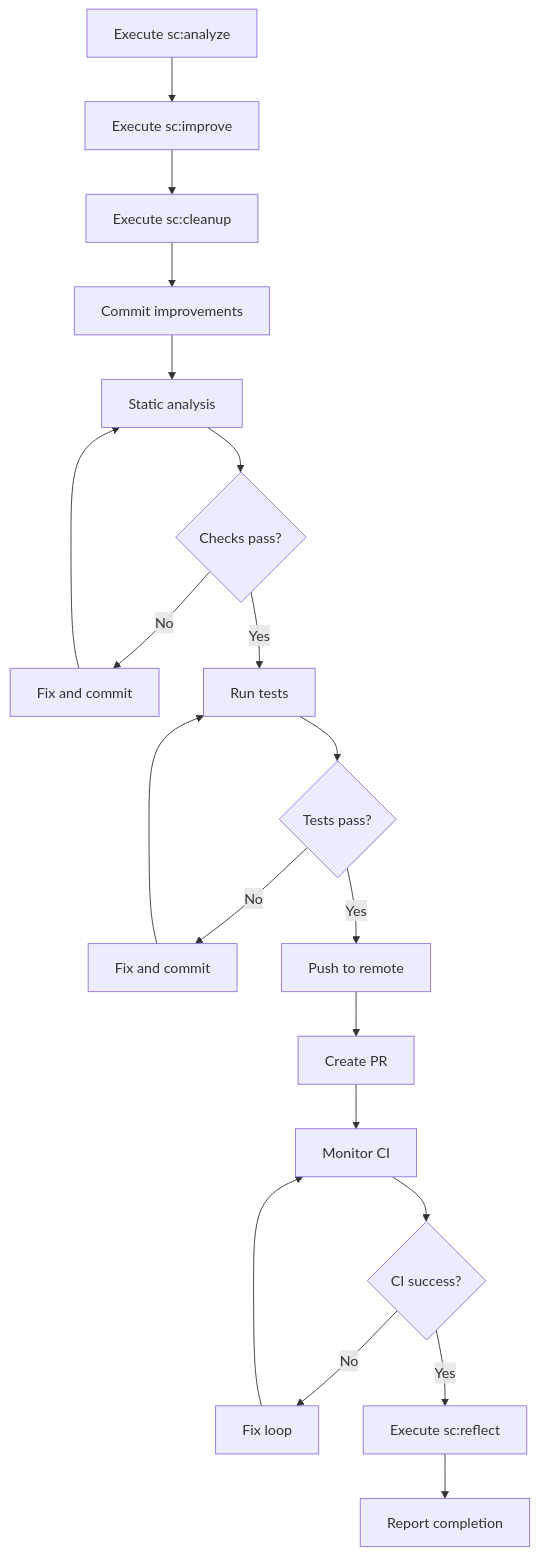
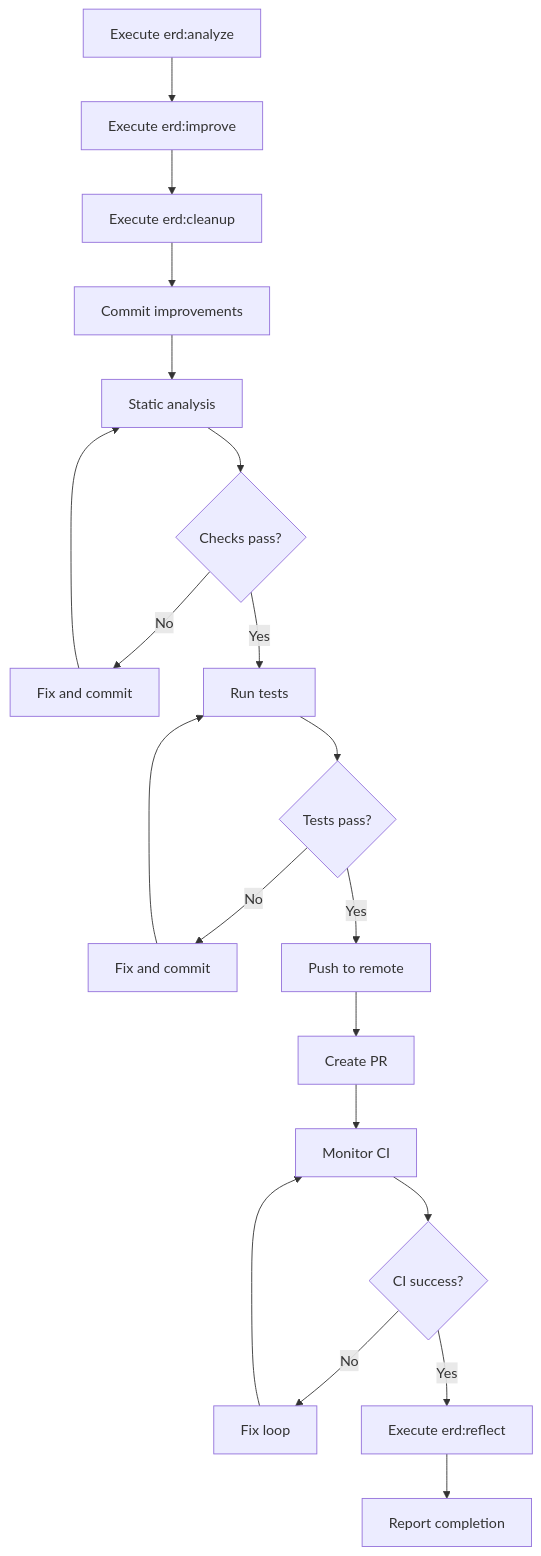
One commit to TE-ToshiakiTanaka2/tarnished changed the second of 2 diagrams in templates/claude/.claude/skills/pr/SKILL.md. Above: the diagram before and after it, drawn with Mermaid. The commit also changed other lines of this file and 43 other files, not shown here.

First line of the commit message:
feat: internalize SuperClaude skills as erd: commands (#241)

````diff
--- a/templates/claude/.claude/skills/pr/SKILL.md
+++ b/templates/claude/.claude/skills/pr/SKILL.md
@@ -285,22 +312,22 @@
 ```mermaid
 graph TD
-    A[Execute sc:analyze] --> B[Execute sc:improve]
-    B --> C[Execute sc:cleanup]
+    A[Execute erd:analyze] --> B[Execute erd:improve]
+    B --> C[Execute erd:cleanup]
     C --> D[Commit improvements]
     D --> E[Static analysis]
     E --> F{Checks pass?}
     F -->|No| G[Fix and commit]
     G --> E
     F -->|Yes| H[Run tests]
     H --> I{Tests pass?}
     I -->|No| J[Fix and commit]
     J --> H
     I -->|Yes| K[Push to remote]
     K --> L[Create PR]
     L --> M[Monitor CI]
     M --> N{CI success?}
     N -->|No| O[Fix loop]
     O --> M
-    N -->|Yes| P[Execute sc:reflect]
+    N -->|Yes| P[Execute erd:reflect]
     P --> Q[Report completion]
 ```
````
